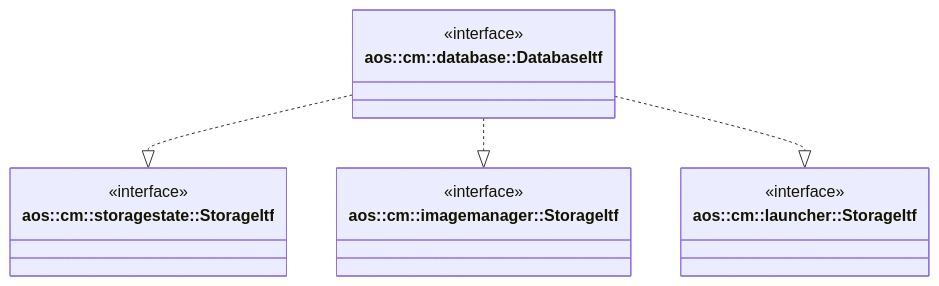
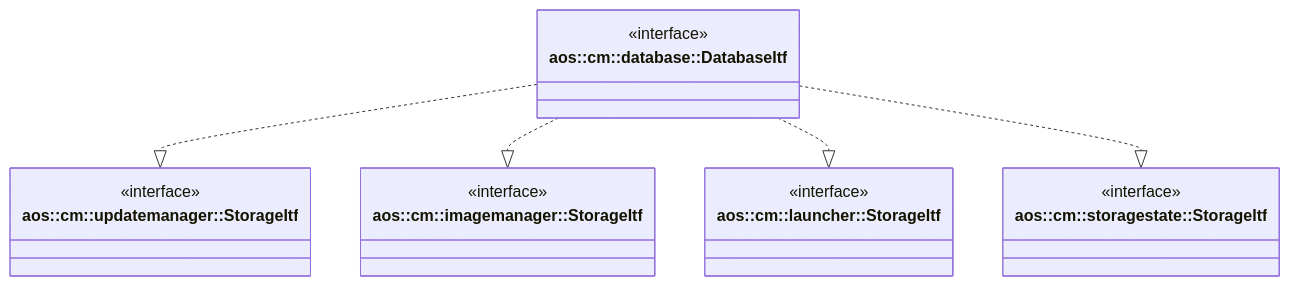
One commit to aosedge/aos_core_lib_cpp changed the diagram in src/core/cm/database/database.md. Above: the diagram before and after it, drawn with Mermaid. The commit also changed other lines of this file and 1 other file, not shown here.

Commit message:
cm: database: add update manager storage itf

````diff
--- a/src/core/cm/database/database.md
+++ b/src/core/cm/database/database.md
@@ -10,22 +11,27 @@
 ```mermaid
 classDiagram
     class DatabaseItf ["aos::cm::database::DatabaseItf"] {
         <<interface>>
     }
 
-    class StorageStateStorageItf ["aos::cm::storagestate::StorageItf"] {
+    class UpdateManagerStorageItf ["aos::cm::updatemanager::StorageItf"] {
         <<interface>>
     }
 
     class ImageManagerStorageItf ["aos::cm::imagemanager::StorageItf"] {
         <<interface>>
     }
 
     class LauncherStorageItf ["aos::cm::launcher::StorageItf"] {
         <<interface>>
     }
 
-    DatabaseItf ..|> StorageStateStorageItf
+    class StorageStateStorageItf ["aos::cm::storagestate::StorageItf"] {
+        <<interface>>
+    }
+
+    DatabaseItf ..|> UpdateManagerStorageItf
     DatabaseItf ..|> ImageManagerStorageItf
     DatabaseItf ..|> LauncherStorageItf
+    DatabaseItf ..|> StorageStateStorageItf
 ```
````
